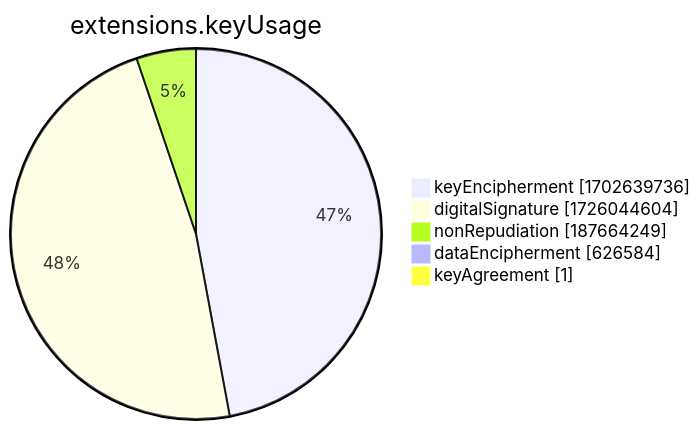
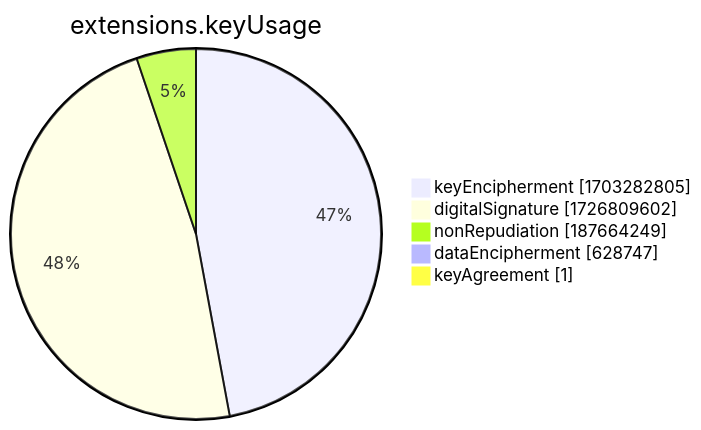
Before and after one commit to christiankrug/ctmonitor_visualization: the seventh of 15 diagrams in xenon2022/README.md, drawn with Mermaid. The commit also changed other lines of this file, not shown here.

````diff
--- a/xenon2022/README.md
+++ b/xenon2022/README.md
@@ -2858,9 +2858,9 @@
 ```mermaid
 pie showData
 title extensions.keyUsage
-"keyEncipherment" :1702639736
-"digitalSignature" :1726044604
+"keyEncipherment" :1703282805
+"digitalSignature" :1726809602
 "nonRepudiation" :187664249
-"dataEncipherment" :626584
+"dataEncipherment" :628747
 "keyAgreement" :1
 ```
````
